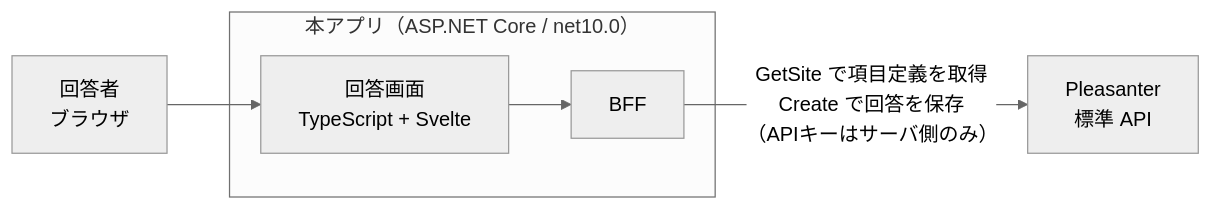
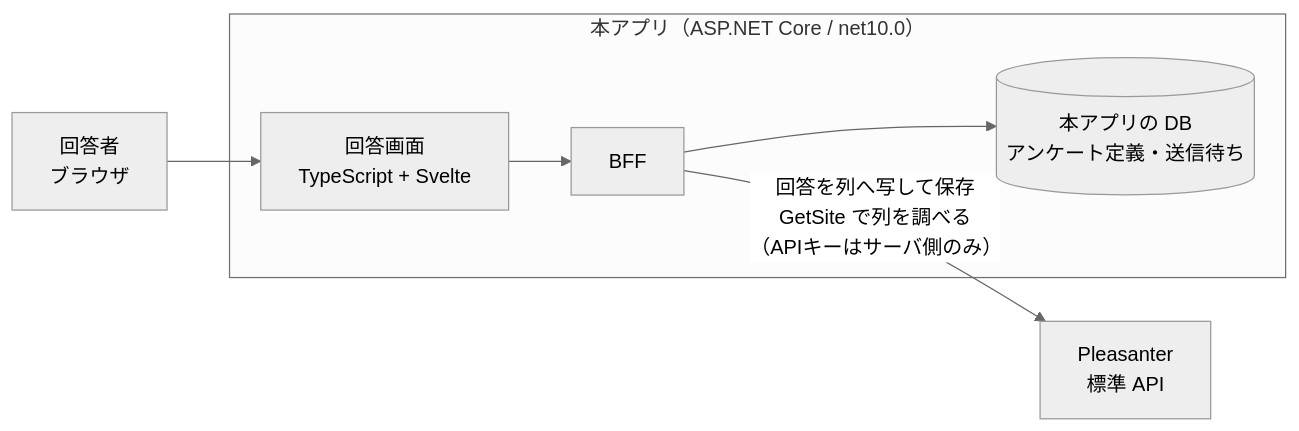
The diagram in README.md (vehiclevisionjp/VehicleVision.PleasanterTools.Questionnaire), drawn with Mermaid (neutral theme) before and after one commit. The commit also changed other lines of this file and 24 other files, not shown here.

````diff
--- a/README.md
+++ b/README.md
@@ -13,12 +17,14 @@
 ```mermaid
 flowchart LR
     U["回答者<br/>ブラウザ"]
     subgraph APP["本アプリ（ASP.NET Core / net10.0）"]
         SPA["回答画面<br/>TypeScript + Svelte"]
         BFF["BFF"]
+        QDB[("本アプリの DB<br/>アンケート定義・送信待ち")]
     end
     PL["Pleasanter<br/>標準 API"]
 
     U --> SPA --> BFF
-    BFF -->|"GetSite で項目定義を取得<br/>Create で回答を保存<br/>（APIキーはサーバ側のみ）"| PL
+    BFF --> QDB
+    BFF -->|"回答を列へ写して保存<br/>GetSite で列を調べる<br/>（APIキーはサーバ側のみ）"| PL
 ```
````
